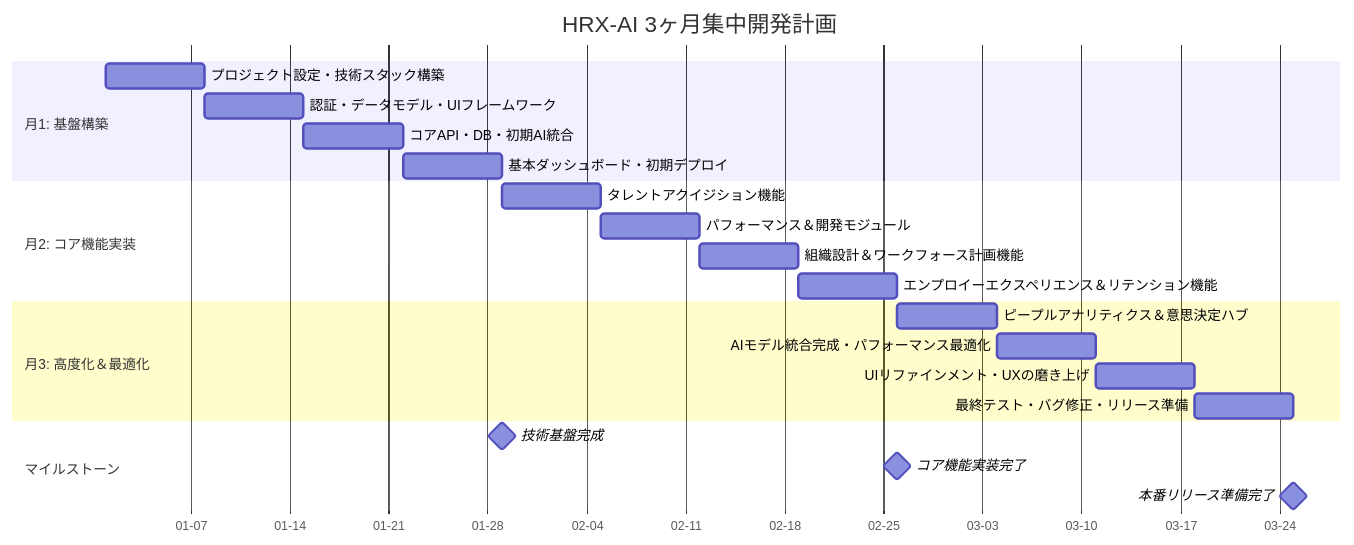
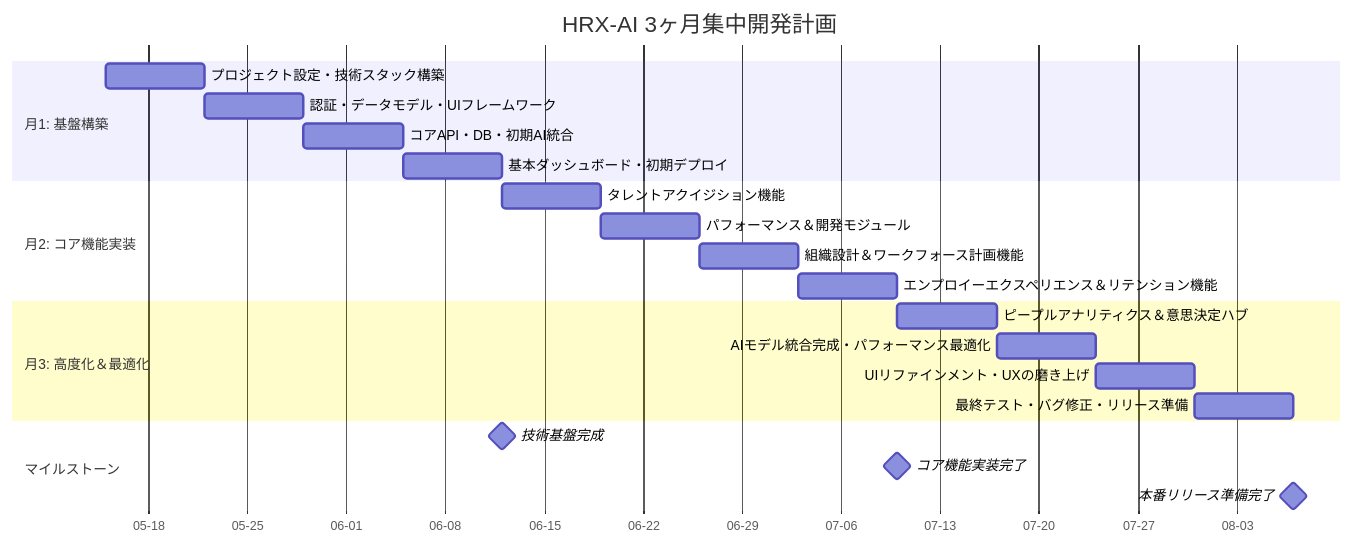
The second of 9 diagrams in Architecture_&_Visual_Reference.md (yf591/hrx-ai), drawn with Mermaid before and after one commit. The commit also changed other lines of this file, not shown here.

````diff
--- a/Architecture_&_Visual_Reference.md
+++ b/Architecture_&_Visual_Reference.md
@@ -98,30 +97,30 @@
 ```mermaid
 gantt
     title HRX-AI 3ヶ月集中開発計画
     dateFormat  YYYY-MM-DD
     axisFormat %m-%d
     tickInterval 1week
     
     section 月1: 基盤構築
-    プロジェクト設定・技術スタック構築   :a1, 2024-01-01, 7d
+    プロジェクト設定・技術スタック構築   :a1, 2025-05-15, 7d
     認証・データモデル・UIフレームワーク :a2, after a1, 7d
     コアAPI・DB・初期AI統合             :a3, after a2, 7d
     基本ダッシュボード・初期デプロイ     :a4, after a3, 7d
     
     section 月2: コア機能実装
     タレントアクイジション機能          :b1, after a4, 7d
     パフォーマンス＆開発モジュール       :b2, after b1, 7d
     組織設計＆ワークフォース計画機能     :b3, after b2, 7d
     エンプロイーエクスペリエンス＆リテンション機能 :b4, after b3, 7d
     
     section 月3: 高度化＆最適化
     ピープルアナリティクス＆意思決定ハブ :c1, after b4, 7d
     AIモデル統合完成・パフォーマンス最適化 :c2, after c1, 7d
     UIリファインメント・UXの磨き上げ    :c3, after c2, 7d
     最終テスト・バグ修正・リリース準備   :c4, after c3, 7d
     
     section マイルストーン
     技術基盤完成               :milestone, after a4, 0d
     コア機能実装完了           :milestone, after b4, 0d
     本番リリース準備完了        :milestone, after c4, 0d
 ```
````
